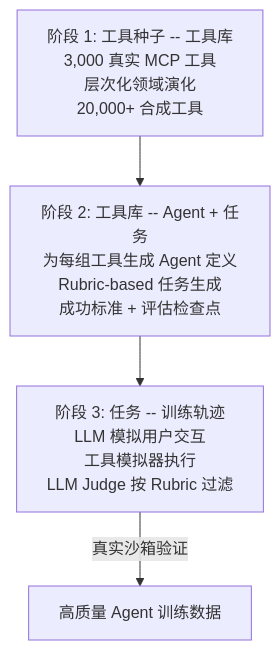
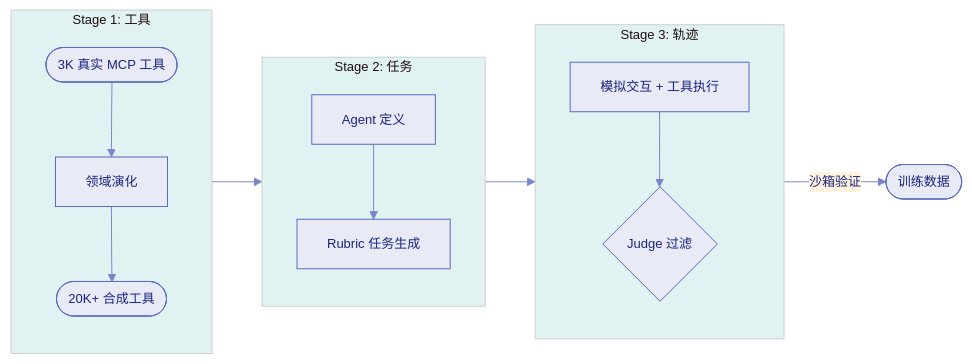
Before and after one commit to XavierZhang2002/agentic-rl-analysis: the fourth of 8 diagrams in docs/post-training/ch2/2.9-data-engineering.md, drawn with Mermaid. The commit also changed other lines of this file and 1 other file, not shown here.

First line of the commit message:
style: 优化 Mermaid 图表视觉效果

````diff
--- a/docs/post-training/ch2/2.9-data-engineering.md
+++ b/docs/post-training/ch2/2.9-data-engineering.md
@@ -135,8 +132,19 @@
 ```mermaid
-flowchart TD
-    T1["阶段 1: 工具种子 -- 工具库\n3,000 真实 MCP 工具\n层次化领域演化\n20,000+ 合成工具"]
-    T2["阶段 2: 工具库 -- Agent + 任务\n为每组工具生成 Agent 定义\nRubric-based 任务生成\n成功标准 + 评估检查点"]
-    T3["阶段 3: 任务 -- 训练轨迹\nLLM 模拟用户交互\n工具模拟器执行\nLLM Judge 按 Rubric 过滤"]
-    T1 --> T2 --> T3
-    T3 -->|"真实沙箱验证"| D["高质量 Agent 训练数据"]
+%%{init: {'theme': 'base', 'themeVariables': {'primaryColor': '#e8eaf6', 'primaryTextColor': '#1a237e', 'primaryBorderColor': '#5c6bc0', 'lineColor': '#7986cb', 'secondaryColor': '#fff3e0', 'tertiaryColor': '#e0f2f1', 'fontFamily': 'Noto Sans SC, sans-serif', 'fontSize': '13px'}}}%%
+flowchart LR
+    subgraph S1["Stage 1: 工具"]
+        direction TB
+        Seed(["3K 真实 MCP 工具"]) --> Expand["领域演化"]
+        Expand --> Tools(["20K+ 合成工具"])
+    end
+    subgraph S2["Stage 2: 任务"]
+        direction TB
+        Agent["Agent 定义"] --> Task["Rubric 任务生成"]
+    end
+    subgraph S3["Stage 3: 轨迹"]
+        direction TB
+        Sim["模拟交互 + 工具执行"] --> Judge{"Judge 过滤"}
+    end
+    S1 --> S2 --> S3
+    Judge -->|"沙箱验证"| D([训练数据])
 ```
````
